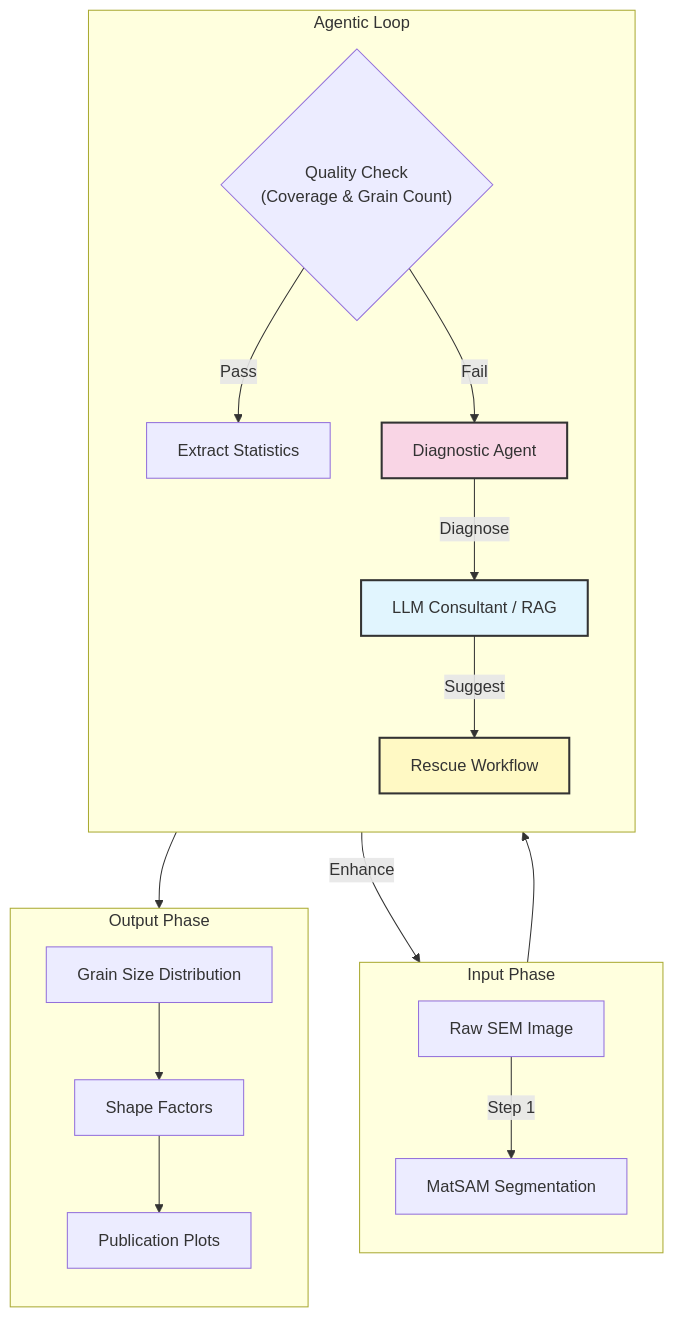
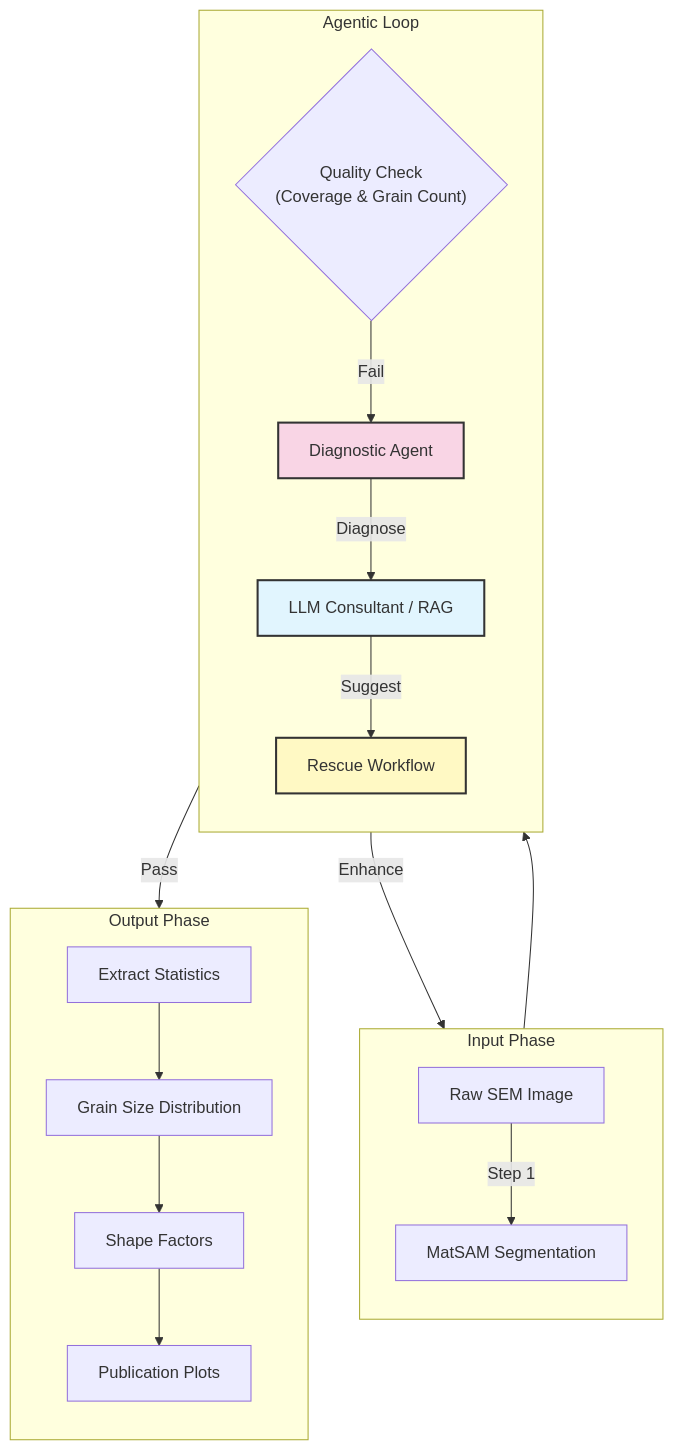
The diagram in README.md (AliBaghizadeh/sem-image--agent-segmentation), drawn with Mermaid before and after one commit.

Commit message:
Update flowchart layout: Move Extract Statistics to Output Phase for better alignment

````diff
--- a/README.md
+++ b/README.md
@@ -103,34 +103,33 @@
 ```mermaid
 graph TD
     %% Main Pipeline Flow
     subgraph "Input Phase"
     direction TB
     A[Raw SEM Image] -->|Step 1| B[MatSAM Segmentation]
     end
 
     subgraph "Agentic Loop"
     direction TB
     B --> C{"Quality Check<br/>(Coverage & Grain Count)"}
     
-    %% Success Path (Left Side)
-    C -->|Pass| D[Extract Statistics]
-    
     %% Failure Path (Right Side)
     C -->|Fail| E[Diagnostic Agent]
     E -->|Diagnose| F[LLM Consultant / RAG]
     F -->|Suggest| G[Rescue Workflow]
     G -->|Enhance| B
     end
 
     subgraph "Output Phase"
     direction TB
+    %% Success Path (Left Side)
+    C -->|Pass| D[Extract Statistics]
     D --> H[Grain Size Distribution]
     H --> I[Shape Factors]
     I --> J[Publication Plots]
     end
     
     %% Styles
     style E fill:#f9d5e5,stroke:#333,stroke-width:2px
     style F fill:#e1f5fe,stroke:#333,stroke-width:2px
     style G fill:#fff9c4,stroke:#333,stroke-width:2px
 ```
````
